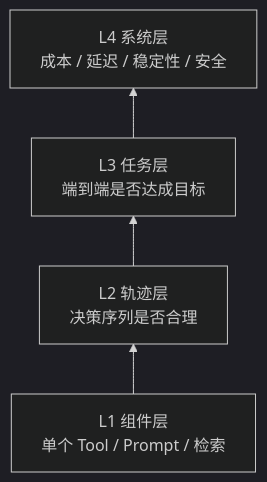
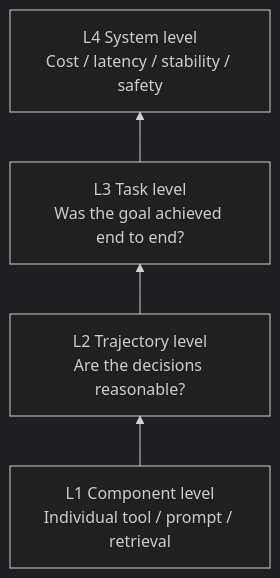
Before and after one commit to oneleaveknowsthefall/awesome-ai-roadmap: the second of 7 diagrams in docs/agent/05-production/14-agent-evaluation.md, drawn with Mermaid (dark theme). The commit also changed other lines of this file and 68 other files, not shown here.

````diff
--- a/docs/agent/05-production/14-agent-evaluation.md
+++ b/docs/agent/05-production/14-agent-evaluation.md
@@ -38,6 +38,6 @@
 ```mermaid
 flowchart BT
-    L1[L1 组件层<br/>单个 Tool / Prompt / 检索] --> L2[L2 轨迹层<br/>决策序列是否合理]
-    L2 --> L3[L3 任务层<br/>端到端是否达成目标]
-    L3 --> L4[L4 系统层<br/>成本 / 延迟 / 稳定性 / 安全]
+    L1[L1 Component level<br/>Individual tool / prompt / retrieval] --> L2[L2 Trajectory level<br/>Are the decisions reasonable?]
+    L2 --> L3[L3 Task level<br/>Was the goal achieved end to end?]
+    L3 --> L4[L4 System level<br/>Cost / latency / stability / safety]
 ```
````
